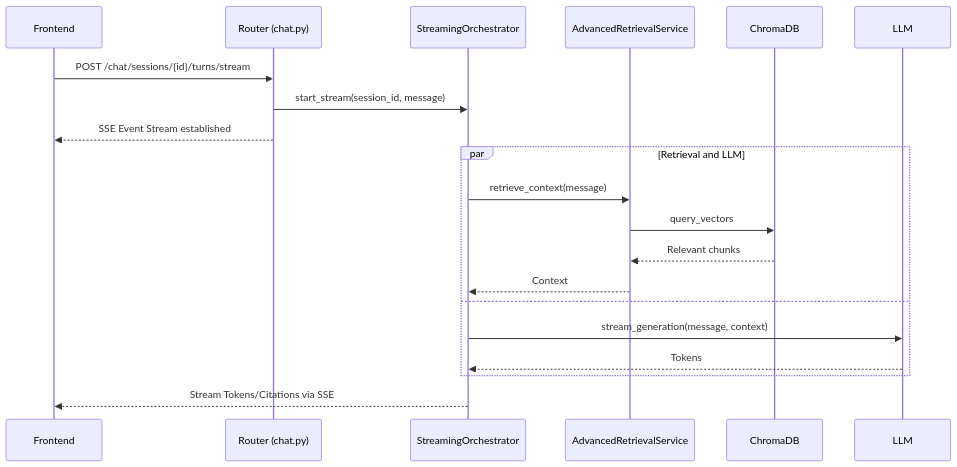
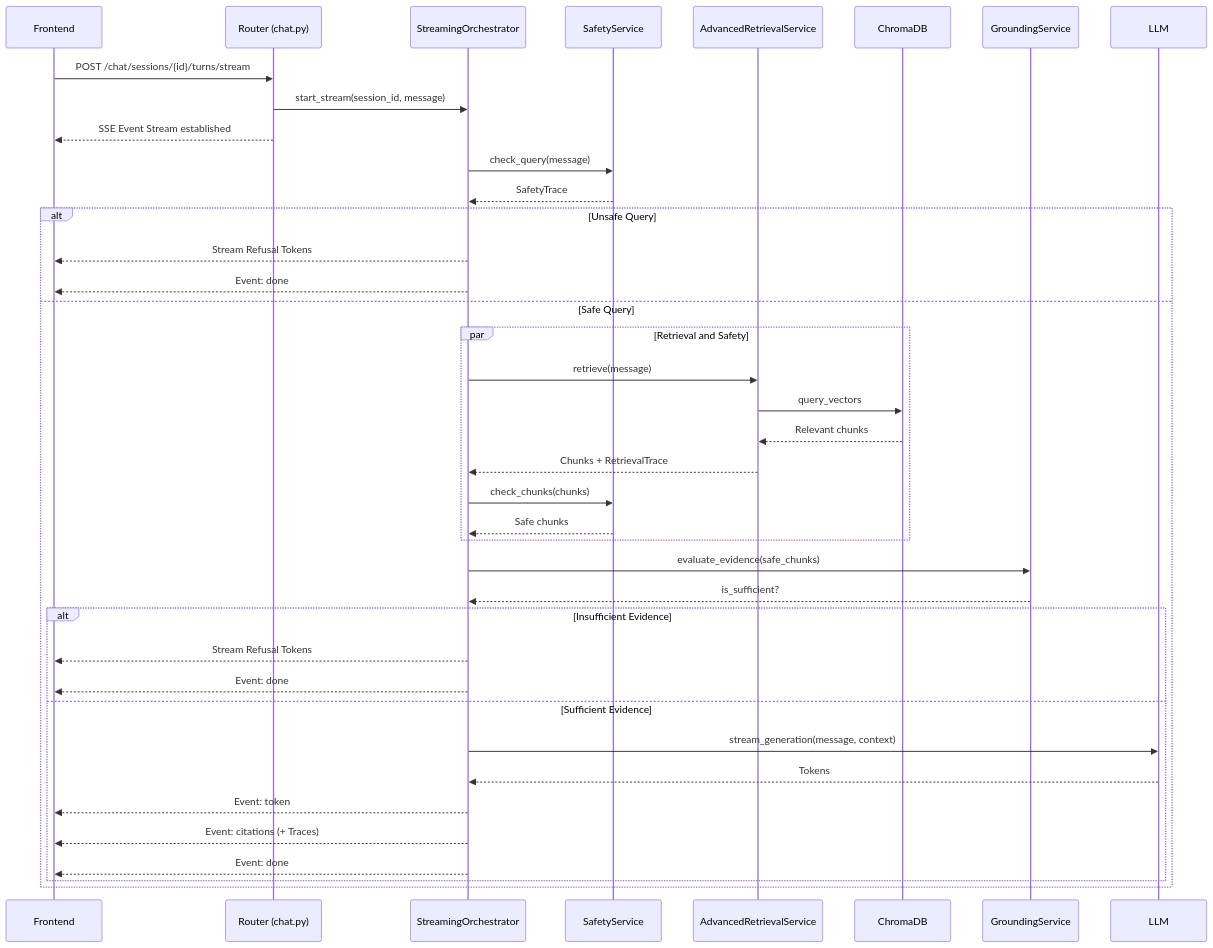
One commit to thaihai-swe/chatbot-with-data changed the diagram in docs/digrams/api/submit-chat-turn-stream.md. Above: the diagram before and after it, drawn with Mermaid. The commit also changed 26 other files, not shown here.

````diff
--- a/docs/digrams/api/submit-chat-turn-stream.md
+++ b/docs/digrams/api/submit-chat-turn-stream.md
@@ -3,25 +3,48 @@
 ```mermaid
 sequenceDiagram
     participant Frontend
     participant Router as Router (chat.py)
     participant StreamingOrchestrator
+    participant SafetyService
     participant AdvancedRetrievalService
     participant ChromaDB
+    participant GroundingService
     participant LLM
     
     Frontend->>Router: POST /chat/sessions/{id}/turns/stream
     Router->>StreamingOrchestrator: start_stream(session_id, message)
     Router-->>Frontend: SSE Event Stream established
     
-    par Retrieval and LLM
-        StreamingOrchestrator->>AdvancedRetrievalService: retrieve_context(message)
-        AdvancedRetrievalService->>ChromaDB: query_vectors
-        ChromaDB-->>AdvancedRetrievalService: Relevant chunks
-        AdvancedRetrievalService-->>StreamingOrchestrator: Context
-    and
-        StreamingOrchestrator->>LLM: stream_generation(message, context)
-        LLM-->>StreamingOrchestrator: Tokens
+    StreamingOrchestrator->>SafetyService: check_query(message)
+    SafetyService-->>StreamingOrchestrator: SafetyTrace
+    
+    alt Unsafe Query
+        StreamingOrchestrator-->>Frontend: Stream Refusal Tokens
+        StreamingOrchestrator-->>Frontend: Event: done
+    else Safe Query
+        par Retrieval and Safety
+            StreamingOrchestrator->>AdvancedRetrievalService: retrieve(message)
+            AdvancedRetrievalService->>ChromaDB: query_vectors
+            ChromaDB-->>AdvancedRetrievalService: Relevant chunks
+            AdvancedRetrievalService-->>StreamingOrchestrator: Chunks + RetrievalTrace
+            
+            StreamingOrchestrator->>SafetyService: check_chunks(chunks)
+            SafetyService-->>StreamingOrchestrator: Safe chunks
+        end
+        
+        StreamingOrchestrator->>GroundingService: evaluate_evidence(safe_chunks)
+        GroundingService-->>StreamingOrchestrator: is_sufficient?
+        
+        alt Insufficient Evidence
+            StreamingOrchestrator-->>Frontend: Stream Refusal Tokens
+            StreamingOrchestrator-->>Frontend: Event: done
+        else Sufficient Evidence
+            StreamingOrchestrator->>LLM: stream_generation(message, context)
+            LLM-->>StreamingOrchestrator: Tokens
+            StreamingOrchestrator-->>Frontend: Event: token
+            
+            StreamingOrchestrator-->>Frontend: Event: citations (+ Traces)
+            StreamingOrchestrator-->>Frontend: Event: done
+        end
     end
-    
-    StreamingOrchestrator-->>Frontend: Stream Tokens/Citations via SSE
 ```
````
